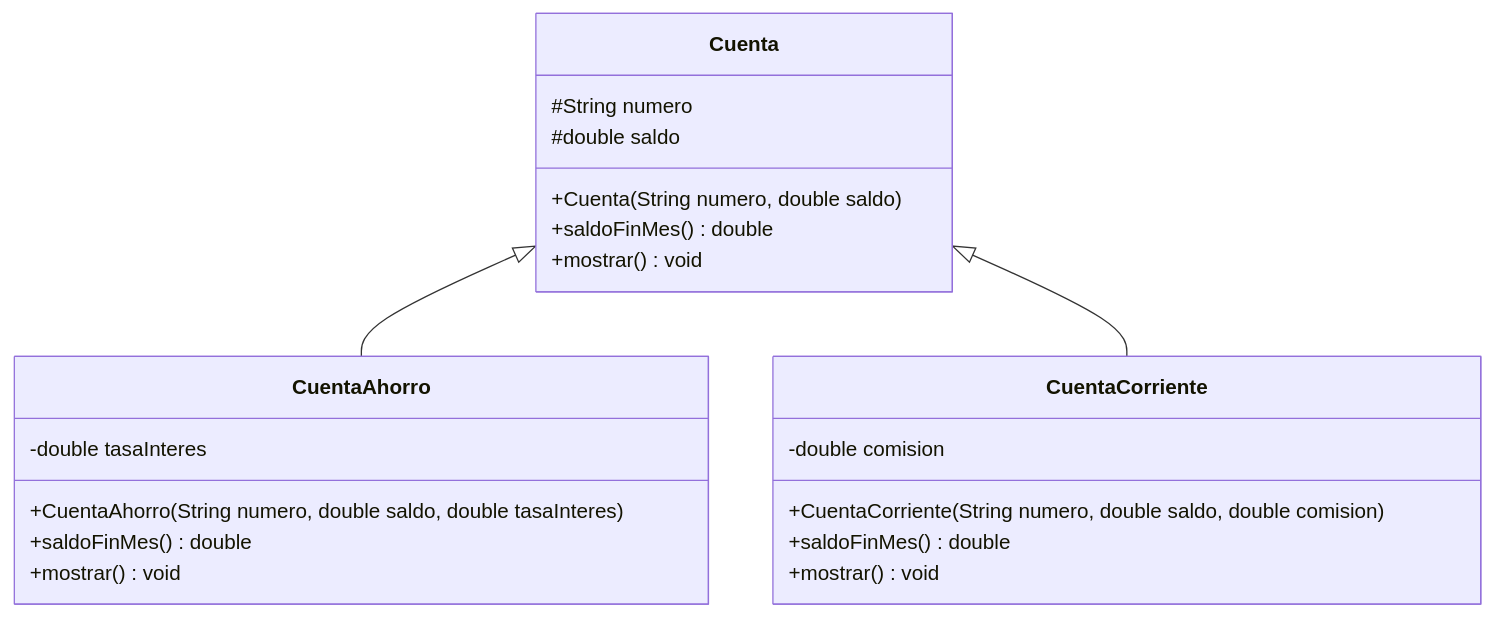
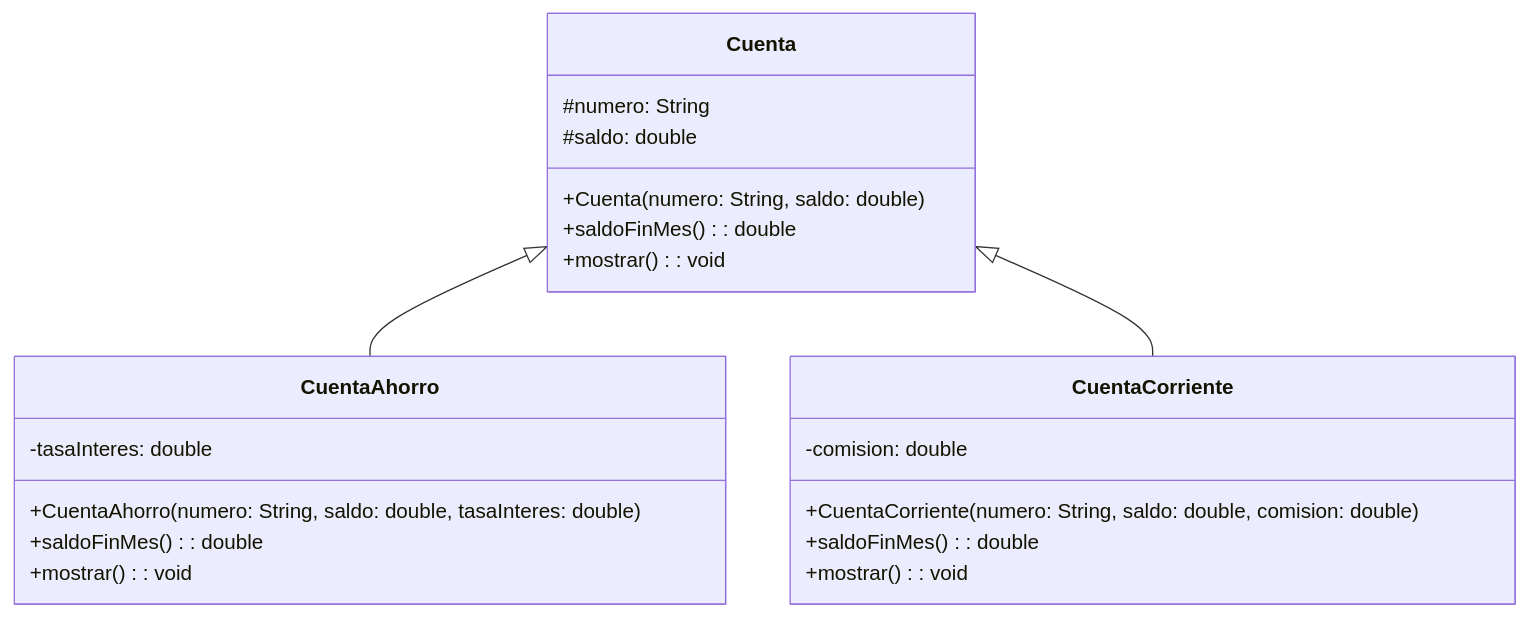
The fifth of 6 diagrams in PRACTICAS_CLASE.md (CursosProgramacionEP/USIL_SEMANA10), drawn with Mermaid before and after one commit. The commit also changed other lines of this file and 1 other file, not shown here.

First line of the commit message:
Diagramas UML en notacion estandar (nombre: Tipo) en README y PRACTICAS_CLASE

````diff
--- a/PRACTICAS_CLASE.md
+++ b/PRACTICAS_CLASE.md
@@ -248,24 +248,24 @@
 ```mermaid
 classDiagram
     class Cuenta {
-        #String numero
-        #double saldo
-        +Cuenta(String numero, double saldo)
-        +saldoFinMes() double
-        +mostrar() void
+        #numero: String
+        #saldo: double
+        +Cuenta(numero: String, saldo: double)
+        +saldoFinMes() : double
+        +mostrar() : void
     }
     class CuentaAhorro {
-        -double tasaInteres
-        +CuentaAhorro(String numero, double saldo, double tasaInteres)
-        +saldoFinMes() double
-        +mostrar() void
+        -tasaInteres: double
+        +CuentaAhorro(numero: String, saldo: double, tasaInteres: double)
+        +saldoFinMes() : double
+        +mostrar() : void
     }
     class CuentaCorriente {
-        -double comision
-        +CuentaCorriente(String numero, double saldo, double comision)
-        +saldoFinMes() double
-        +mostrar() void
+        -comision: double
+        +CuentaCorriente(numero: String, saldo: double, comision: double)
+        +saldoFinMes() : double
+        +mostrar() : void
     }
     Cuenta <|-- CuentaAhorro
     Cuenta <|-- CuentaCorriente
 ```
````
